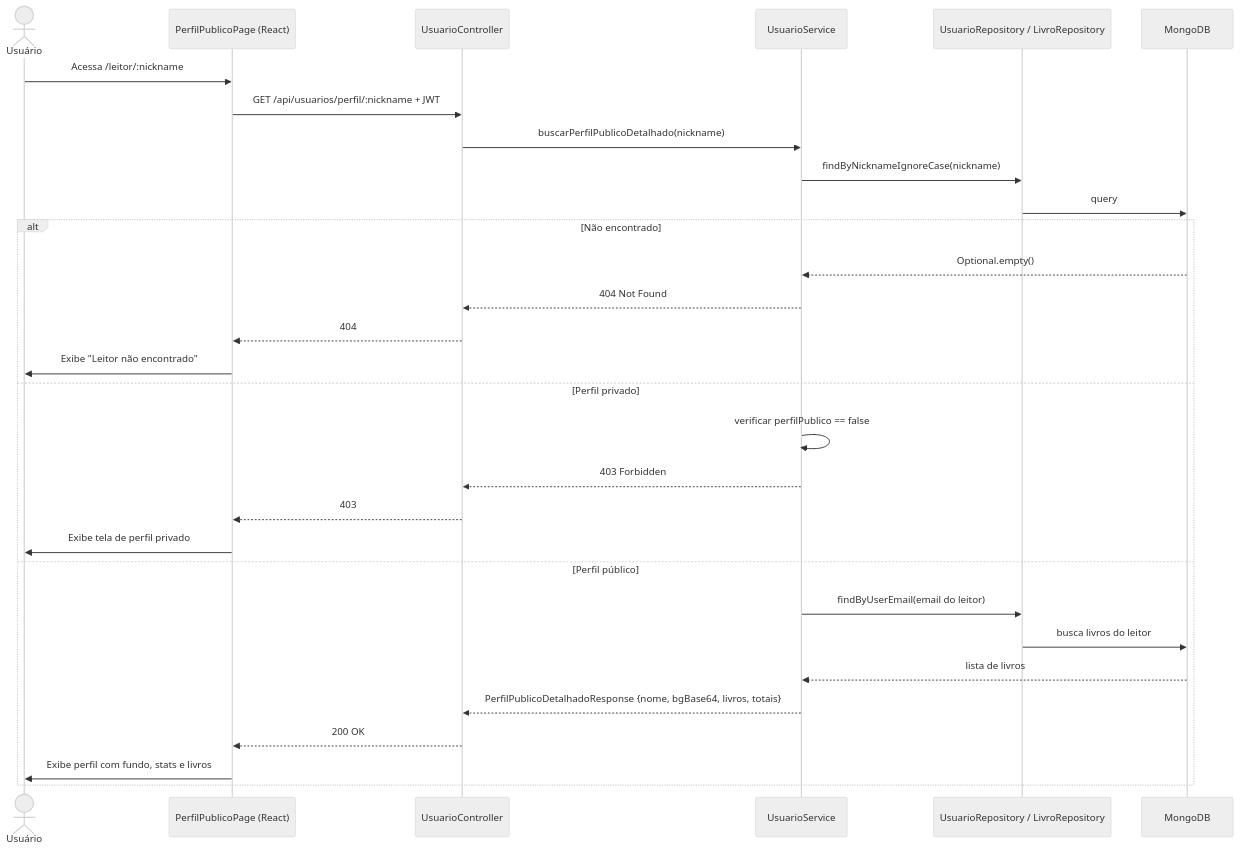
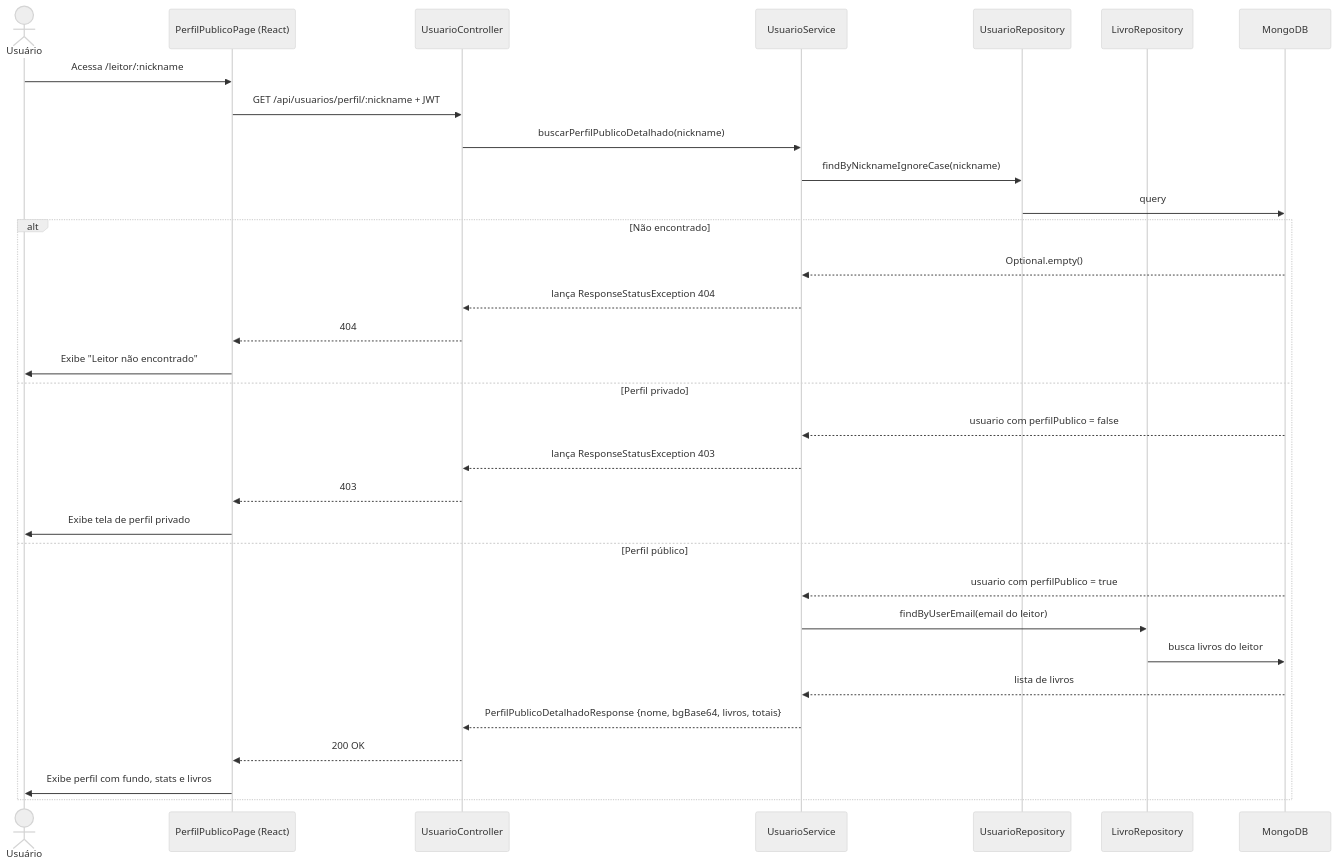
One commit to limmuz/biblioteca changed diagram 14 of 20 in RTM.md. Above: the diagram before and after it, drawn with Mermaid (neutral theme). The commit also changed other lines of this file and 47 other files, not shown here.

````diff
--- a/RTM.md
+++ b/RTM.md
@@ -404,33 +509,35 @@
 ```mermaid
 sequenceDiagram
     actor U as Usuário
     participant F as PerfilPublicoPage (React)
     participant C as UsuarioController
     participant S as UsuarioService
-    participant R as UsuarioRepository / LivroRepository
+    participant UR as UsuarioRepository
+    participant LR as LivroRepository
     participant M as MongoDB
 
     U->>F: Acessa /leitor/:nickname
     F->>C: GET /api/usuarios/perfil/:nickname + JWT
     C->>S: buscarPerfilPublicoDetalhado(nickname)
-    S->>R: findByNicknameIgnoreCase(nickname)
-    R->>M: query
+    S->>UR: findByNicknameIgnoreCase(nickname)
+    UR->>M: query
     alt Não encontrado
         M-->>S: Optional.empty()
-        S-->>C: 404 Not Found
+        S-->>C: lança ResponseStatusException 404
         C-->>F: 404
         F->>U: Exibe "Leitor não encontrado"
     else Perfil privado
-        S->>S: verificar perfilPublico == false
-        S-->>C: 403 Forbidden
+        M-->>S: usuario com perfilPublico = false
+        S-->>C: lança ResponseStatusException 403
         C-->>F: 403
         F->>U: Exibe tela de perfil privado
     else Perfil público
-        S->>R: findByUserEmail(email do leitor)
-        R->>M: busca livros do leitor
+        M-->>S: usuario com perfilPublico = true
+        S->>LR: findByUserEmail(email do leitor)
+        LR->>M: busca livros do leitor
         M-->>S: lista de livros
         S-->>C: PerfilPublicoDetalhadoResponse {nome, bgBase64, livros, totais}
         C-->>F: 200 OK
         F->>U: Exibe perfil com fundo, stats e livros
     end
 ```
````
